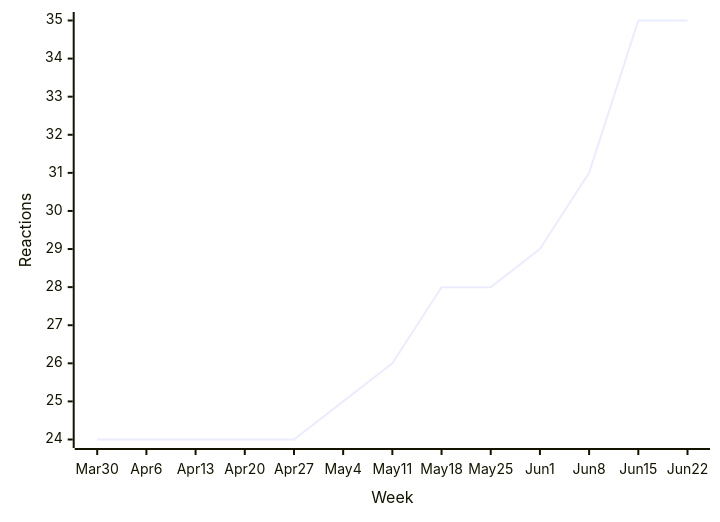
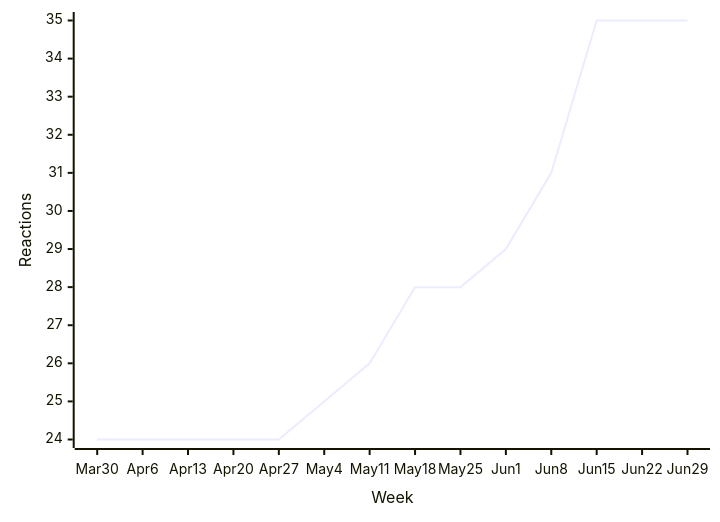
One commit to loic-sharma/github-insights changed diagram 16 of 48 in README.md. Above: the diagram before and after it, drawn with Mermaid. The commit also changed other lines of this file and 3 other files, not shown here.

````diff
--- a/README.md
+++ b/README.md
@@ -594,6 +594,6 @@
   ```mermaid
   xychart-beta
-    x-axis "Week" [Mar 30, Apr 6, Apr 13, Apr 20, Apr 27, May 4, May 11, May 18, May 25, Jun 1, Jun 8, Jun 15, Jun 22]
+    x-axis "Week" [Mar 30, Apr 6, Apr 13, Apr 20, Apr 27, May 4, May 11, May 18, May 25, Jun 1, Jun 8, Jun 15, Jun 22, Jun 29]
     y-axis "Reactions"
-    line [24, 24, 24, 24, 24, 25, 26, 28, 28, 29, 31, 35, 35]
+    line [24, 24, 24, 24, 24, 25, 26, 28, 28, 29, 31, 35, 35, 35]
   ```
````
